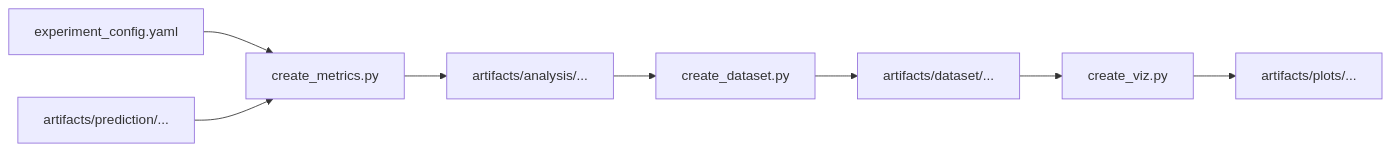
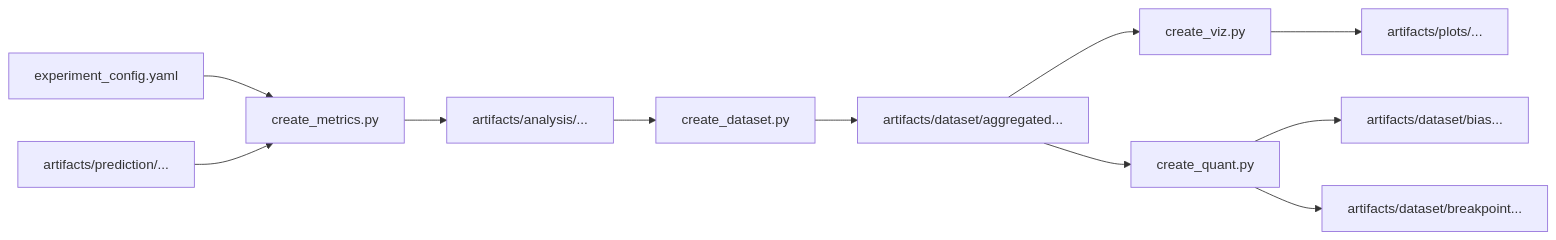
One commit to MSCA-DN-Digital-Finance/tsfm_causal_analysis changed the second of 2 diagrams in src/analysis/README.md. Above: the diagram before and after it, drawn with Mermaid. The commit also changed other lines of this file and 3 other files, not shown here.

````diff
--- a/src/analysis/README.md
+++ b/src/analysis/README.md
@@ -20,10 +21,13 @@
 ```mermaid
 graph LR
     exp_conf[experiment_config.yaml] --> create_metrics[create_metrics.py]
     preds[artifacts/prediction/...] --> create_metrics
     create_metrics --> out_metric[artifacts/analysis/...]
     out_metric --> create_dataset[create_dataset.py]
-    create_dataset --> out_dataset[artifacts/dataset/...]
+    create_dataset --> out_dataset[artifacts/dataset/aggregated...]
     out_dataset --> create_viz[create_viz.py]
     create_viz --> out_viz[artifacts/plots/...]
+    out_dataset --> create_quant[create_quant.py]
+    create_quant --> out_bias[artifacts/dataset/bias...]
+    create_quant --> out_break[artifacts/dataset/breakpoint...]
 ```
````
